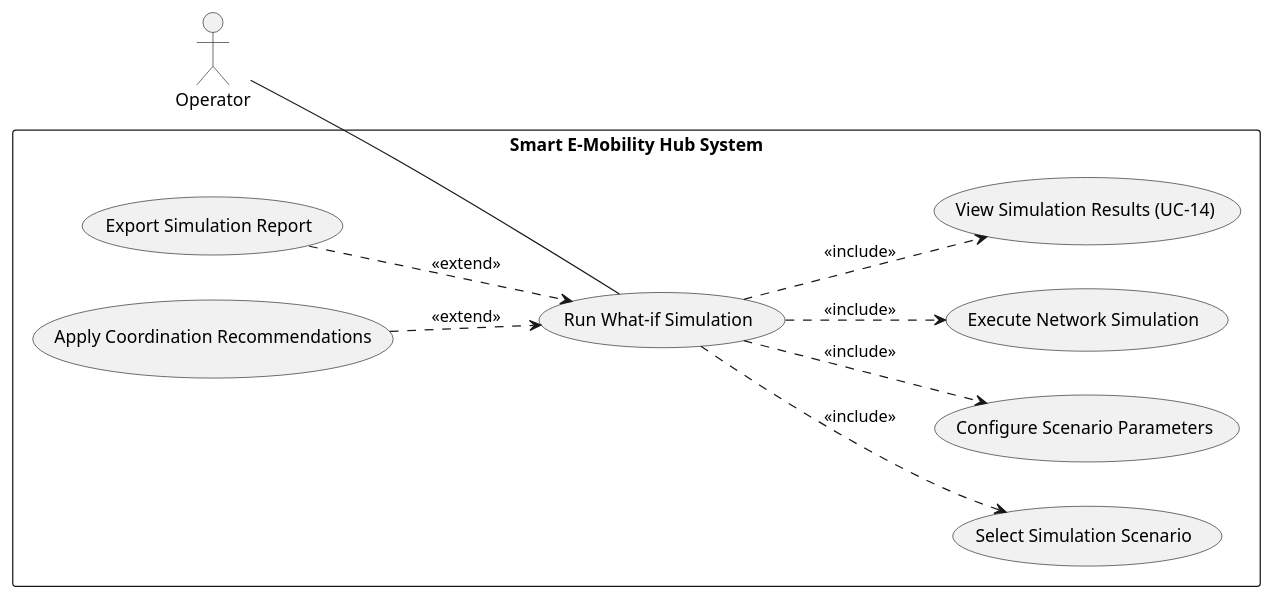
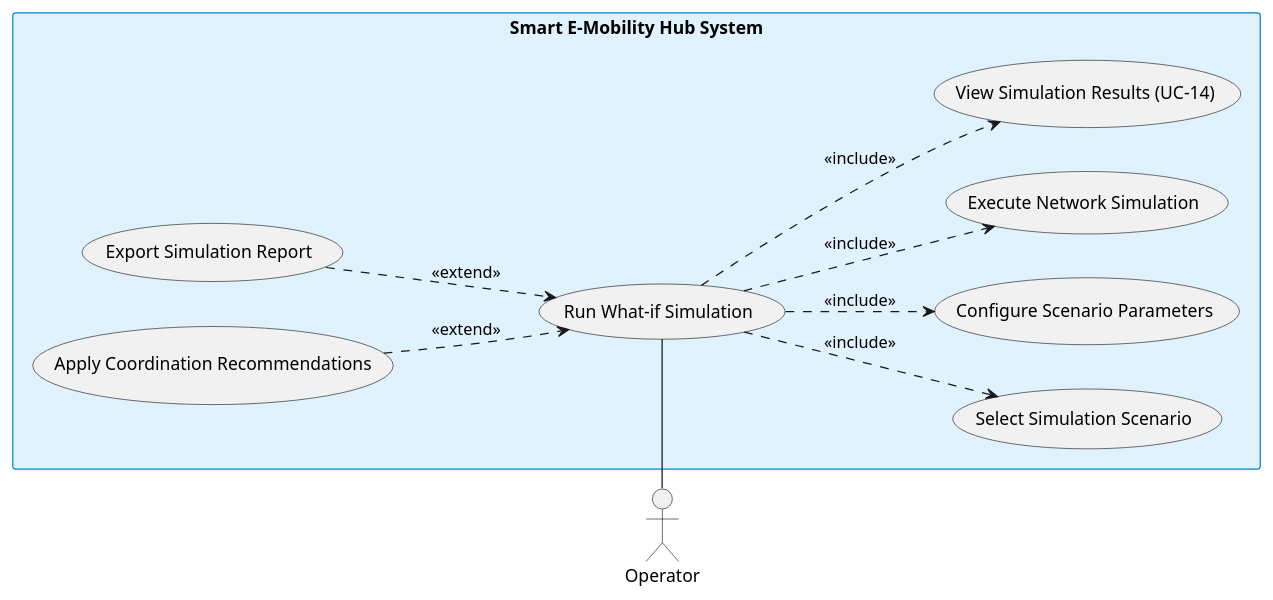
Diagram 27 of 30 in 01_Diagram/01_Usecase_Diagram/PLANTUML_ALL.md (YdtTran/software-engineerning), drawn with PlantUML before and after one commit. The commit also changed other lines of this file and 217 other files, not shown here.

````diff
--- a/01_Diagram/01_Usecase_Diagram/PLANTUML_ALL.md
+++ b/01_Diagram/01_Usecase_Diagram/PLANTUML_ALL.md
@@ -463,28 +593,25 @@
 ```plantuml
 @startuml
 left to right direction
-skinparam packageStyle rectangle
 skinparam shadowing false
-
-actor "Operator" as Operator
-
+skinparam rectangleBackgroundColor #e0f2fe
+skinparam rectangleBorderColor #0284c7
+actor "Operator" as actor_left
 rectangle "Smart E-Mobility Hub System" {
-    usecase "Export Simulation Report" as UC_Export
-    usecase "Apply Coordination Recommendations" as UC_Coord
-    usecase "Run What-if Simulation" as UC_Sim
-    usecase "Select Simulation Scenario" as UC_Select
-    usecase "Configure Scenario Parameters" as UC_Config
-    usecase "Execute Network Simulation" as UC_Exec
-    usecase "View Simulation Results (UC-14)" as UC_View
-
-    UC_Export ..> UC_Sim : <<extend>>
-    UC_Coord ..> UC_Sim : <<extend>>
-    UC_Sim ..> UC_Select : <<include>>
-    UC_Sim ..> UC_Config : <<include>>
-    UC_Sim ..> UC_Exec : <<include>>
-    UC_Sim ..> UC_View : <<include>>
+  usecase "Export Simulation Report" as uc_ext1
+  usecase "Apply Coordination Recommendations" as uc_ext2
+  usecase "Run What-if Simulation" as uc_base
+  usecase "Select Simulation Scenario" as uc_inc1
+  usecase "Configure Scenario Parameters" as uc_inc2
+  usecase "Execute Network Simulation" as uc_inc3
+  usecase "View Simulation Results (UC-14)" as uc_inc4
 }
-
-Operator -- UC_Sim
+actor_left -right- uc_base
+uc_ext1 ..> uc_base : <<extend>>
+uc_ext2 ..> uc_base : <<extend>>
+uc_base ..> uc_inc1 : <<include>>
+uc_base ..> uc_inc2 : <<include>>
+uc_base ..> uc_inc3 : <<include>>
+uc_base ..> uc_inc4 : <<include>>
 @enduml
 ```
````
